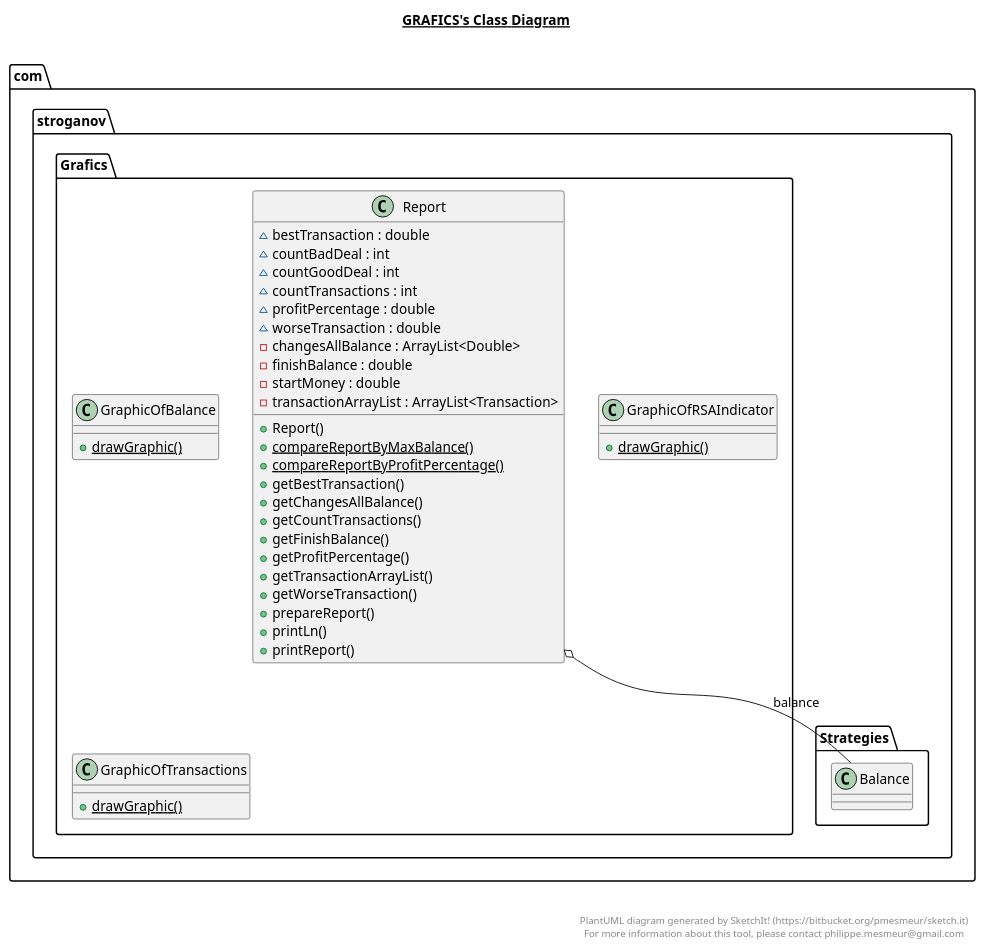
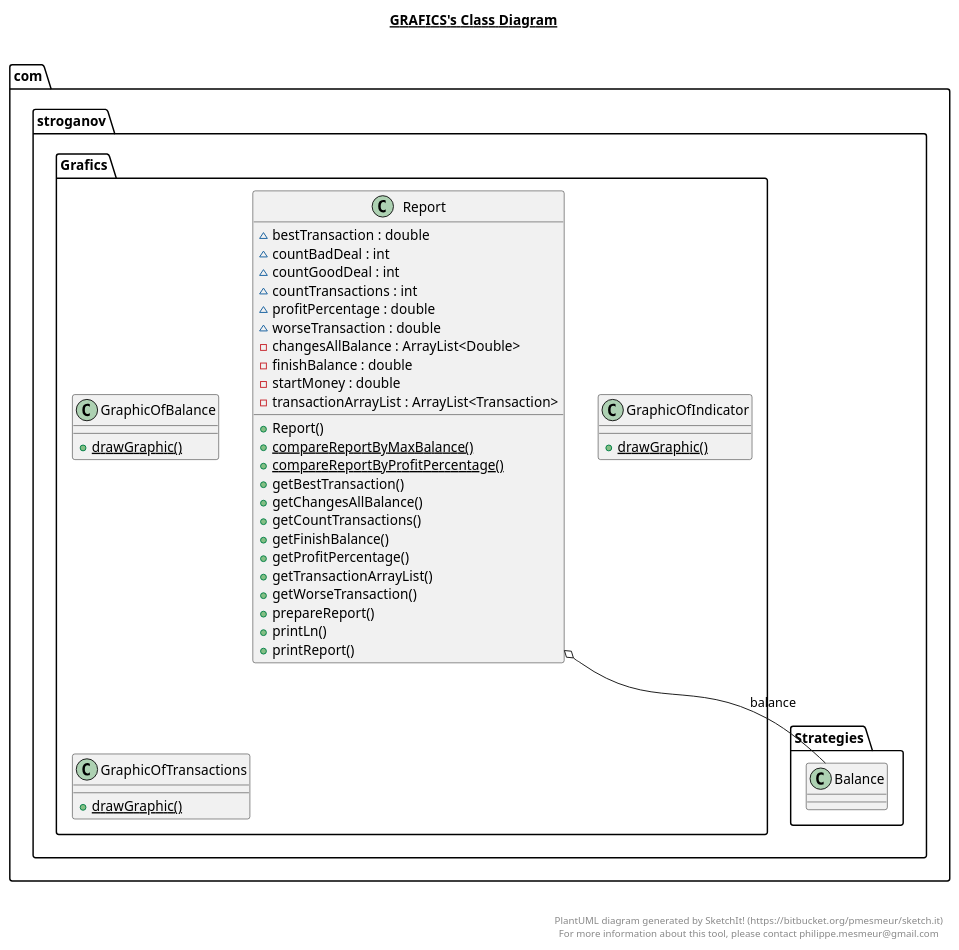
One commit to SergeyStroganoff/TradeRobot changed the diagram in src/main/java/com/stroganov/Grafics/Grafics.plantuml. Above: the diagram before and after it, drawn with PlantUML. The commit also changed 14 other files, not shown here.

```diff
--- a/src/main/java/com/stroganov/Grafics/Grafics.plantuml
+++ b/src/main/java/com/stroganov/Grafics/Grafics.plantuml
@@ -1,73 +1,73 @@
 @startuml
 
 title __GRAFICS's Class Diagram__\n
 
   namespace com.stroganov {
     namespace Grafics {
       class com.stroganov.Grafics.GraphicOfBalance {
           {static} + drawGraphic()
       }
     }
   }
   
 
   namespace com.stroganov {
     namespace Grafics {
-      class com.stroganov.Grafics.GraphicOfRSAIndicator {
+      class com.stroganov.Grafics.GraphicOfIndicator {
           {static} + drawGraphic()
       }
     }
   }
   
 
   namespace com.stroganov {
     namespace Grafics {
       class com.stroganov.Grafics.GraphicOfTransactions {
           {static} + drawGraphic()
       }
     }
   }
   
 
   namespace com.stroganov {
     namespace Grafics {
       class com.stroganov.Grafics.Report {
           ~ bestTransaction : double
           ~ countBadDeal : int
           ~ countGoodDeal : int
           ~ countTransactions : int
           ~ profitPercentage : double
           ~ worseTransaction : double
           - changesAllBalance : ArrayList<Double>
           - finishBalance : double
           - startMoney : double
           - transactionArrayList : ArrayList<Transaction>
           + Report()
           {static} + compareReportByMaxBalance()
           {static} + compareReportByProfitPercentage()
           + getBestTransaction()
           + getChangesAllBalance()
           + getCountTransactions()
           + getFinishBalance()
           + getProfitPercentage()
           + getTransactionArrayList()
           + getWorseTransaction()
           + prepareReport()
           + printLn()
           + printReport()
       }
     }
   }
   
 
   com.stroganov.Grafics.Report o-- com.stroganov.Strategies.Balance : balance
 
 
 right footer
 
 
 PlantUML diagram generated by SketchIt! (https://bitbucket.org/pmesmeur/sketch.it)
 For more information about this tool, please contact philippe.mesmeur@gmail.com
 endfooter
 
 @enduml
```
